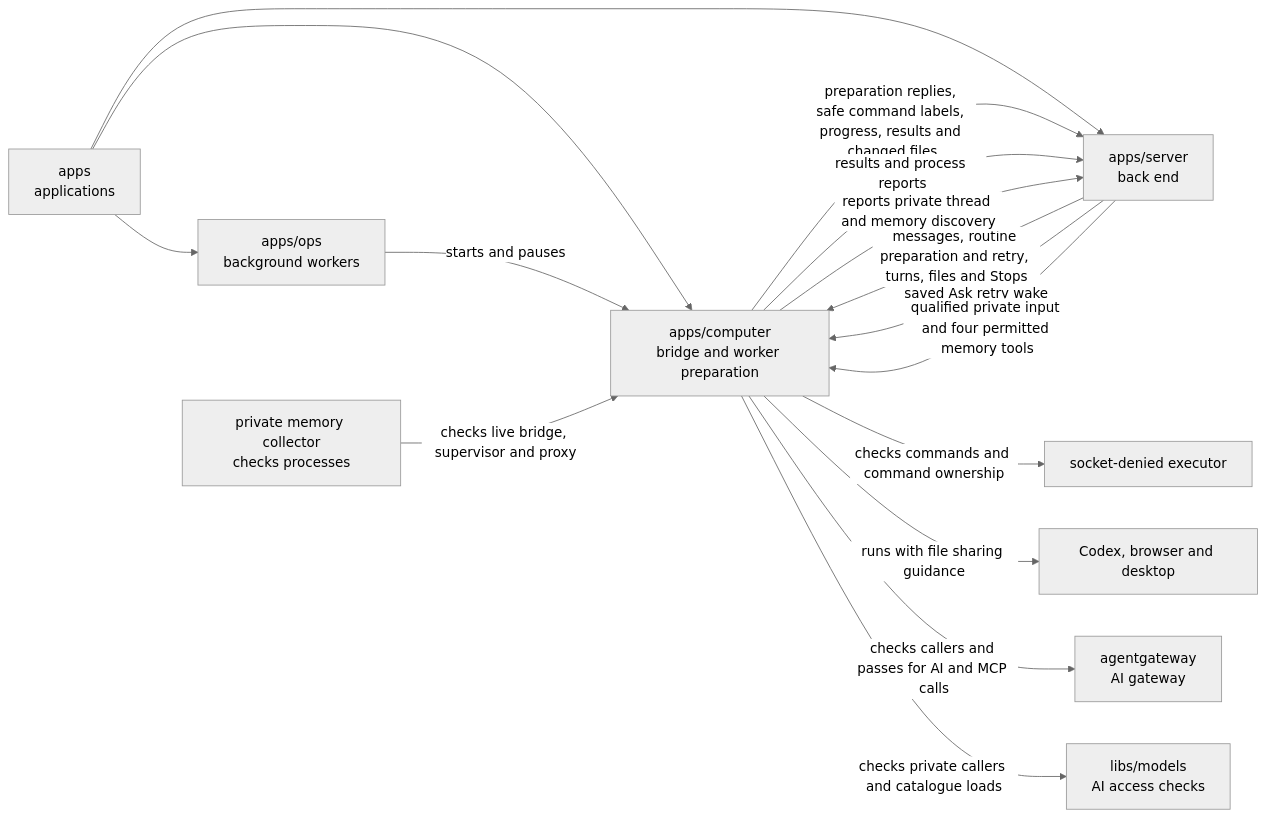
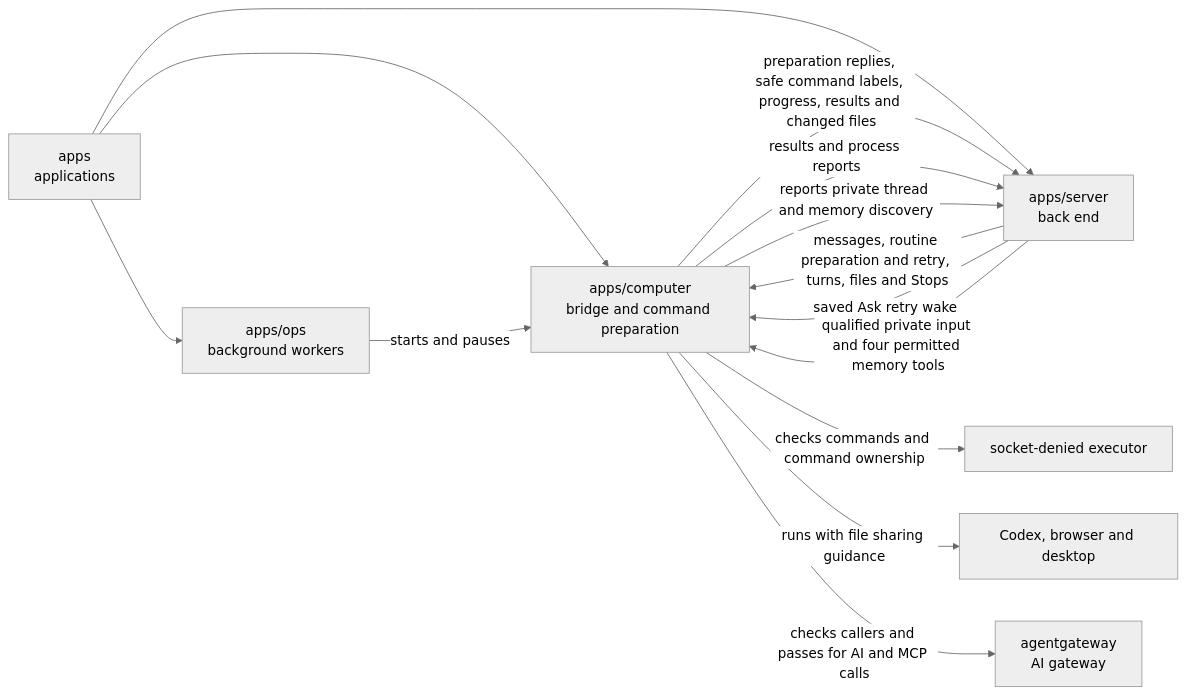
The diagram in apps/computer/README.md (elewa-git/opencrane-new), drawn with Mermaid (neutral theme) before and after one commit. The commit also changed other lines of this file and 7 other files, not shown here.

````diff
--- a/apps/computer/README.md
+++ b/apps/computer/README.md
@@ -16,18 +16,16 @@
 ```mermaid
 flowchart LR
-  apps["apps<br/>applications"] --> computer["apps/computer<br/>bridge and worker preparation"]
+  apps["apps<br/>applications"] --> computer["apps/computer<br/>bridge and command preparation"]
   apps --> ops["apps/ops<br/>background workers"]
   apps --> server["apps/server<br/>back end"]
   ops -->|starts and pauses| computer
   server -->|messages, routine preparation and retry, turns, files and Stops| computer
   server -->|saved Ask retry wake| computer
   computer -->|preparation replies, safe command labels, progress, results and changed files| server
   computer -->|results and process reports| server
   server -->|qualified private input and four permitted memory tools| computer
   computer -->|reports private thread and memory discovery| server
   computer -->|checks commands and command ownership| executor["socket-denied executor"]
   computer -->|runs with file sharing guidance| desktop["Codex, browser and desktop"]
   computer -->|checks callers and passes for AI and MCP calls| gateway["agentgateway<br/>AI gateway"]
-  computer -->|checks private callers and catalogue loads| models["libs/models<br/>AI access checks"]
-  collector["private memory collector<br/>checks processes"] -->|checks live bridge, supervisor and proxy| computer
 ```
````
